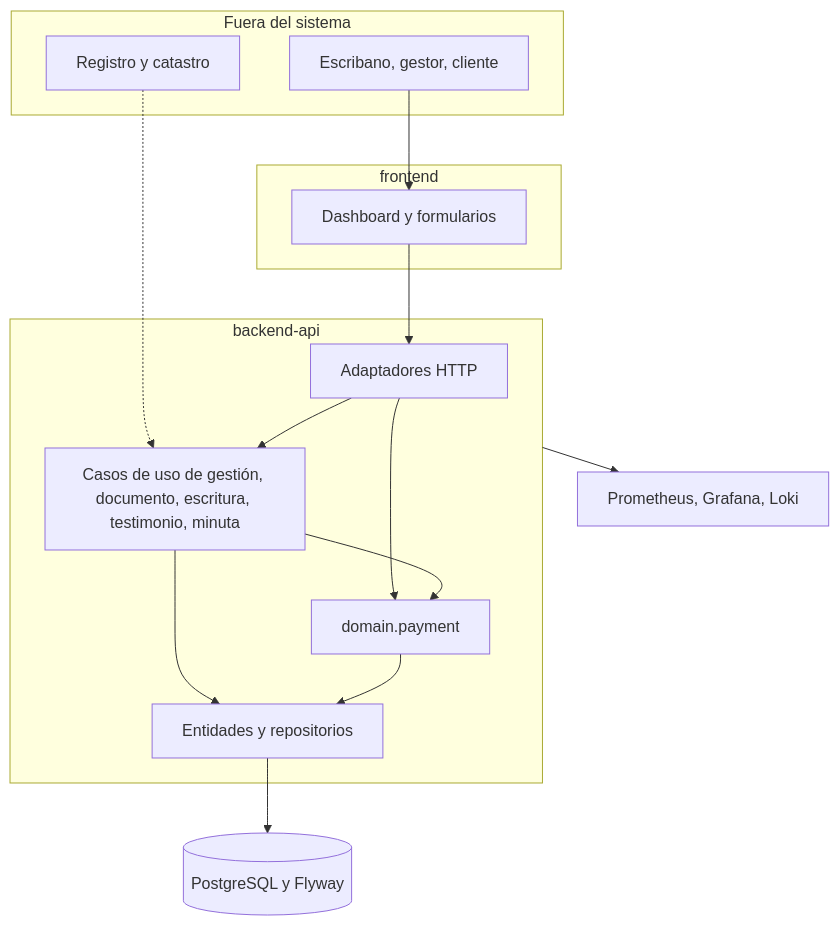
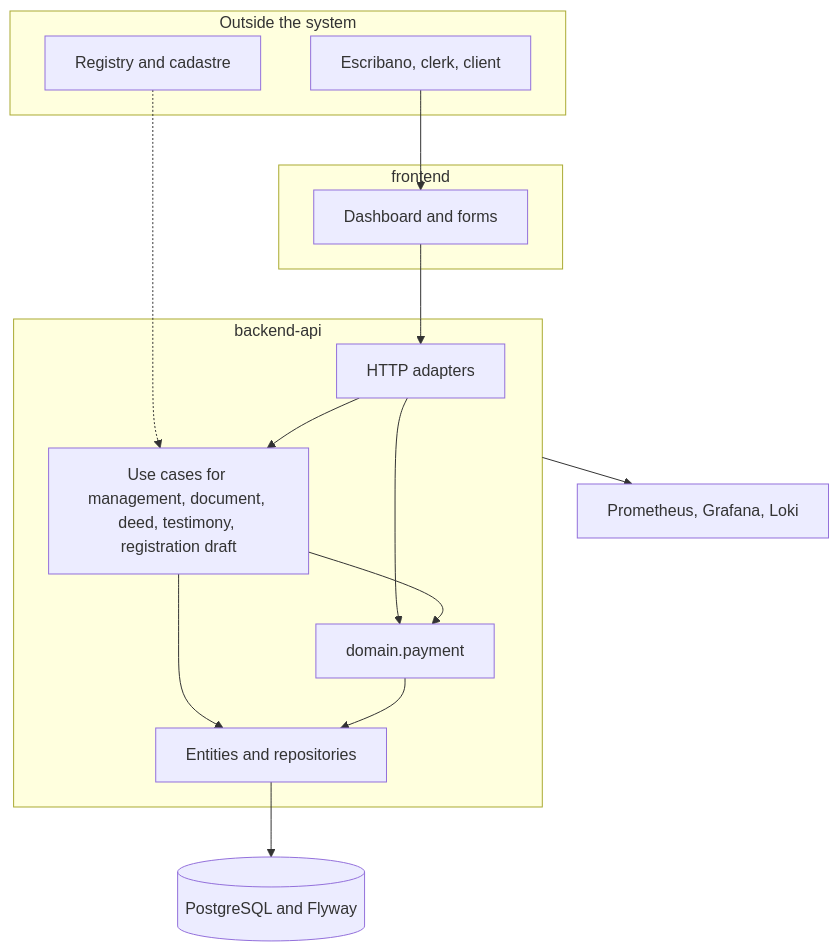
One commit to matiaspakua/notaire changed diagram 15 of 16 in docs/200-architecture/203-design/CICLO-DE-VIDA.md. Above: the diagram before and after it, drawn with Mermaid. The commit also changed other lines of this file and 52 other files, not shown here.

````diff
--- a/docs/200-architecture/203-design/CICLO-DE-VIDA.md
+++ b/docs/200-architecture/203-design/CICLO-DE-VIDA.md
@@ -464,32 +470,32 @@
 ```mermaid
 flowchart TB
-  subgraph actores [Fuera del sistema]
-    usuario[Escribano, gestor, cliente]
-    organismo[Registro y catastro]
+  subgraph actors [Outside the system]
+    user[Escribano, clerk, client]
+    agency[Registry and cadastre]
   end
 
   subgraph fe [frontend]
-    ui[Dashboard y formularios]
+    ui[Dashboard and forms]
   end
 
   subgraph api [backend-api]
-    web[Adaptadores HTTP]
-    uc[Casos de uso de gestión, documento, escritura, testimonio, minuta]
-    dominio[domain.payment]
-    jpa[Entidades y repositorios]
+    web[HTTP adapters]
+    uc[Use cases for management, document, deed, testimony, registration draft]
+    domain[domain.payment]
+    jpa[Entities and repositories]
   end
 
-  db[(PostgreSQL y Flyway)]
+  db[(PostgreSQL and Flyway)]
   obs[Prometheus, Grafana, Loki]
 
-  usuario --> ui
+  user --> ui
   ui --> web
-  organismo -.-> uc
+  agency -.-> uc
   web --> uc
-  web --> dominio
-  uc --> dominio
+  web --> domain
+  uc --> domain
   uc --> jpa
-  dominio --> jpa
+  domain --> jpa
   jpa --> db
   api --> obs
 ```
````
